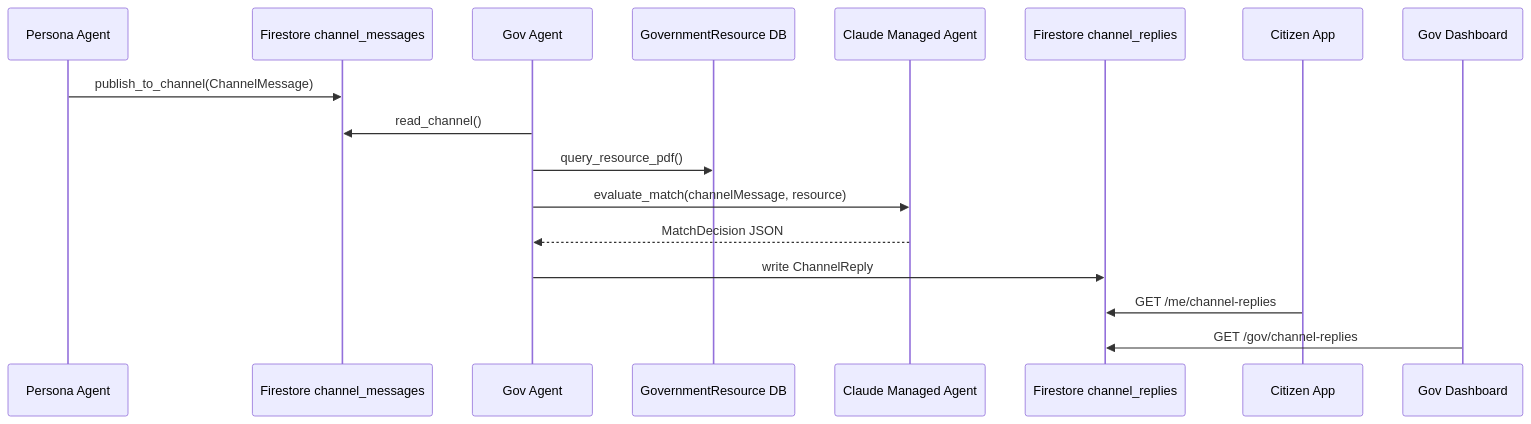
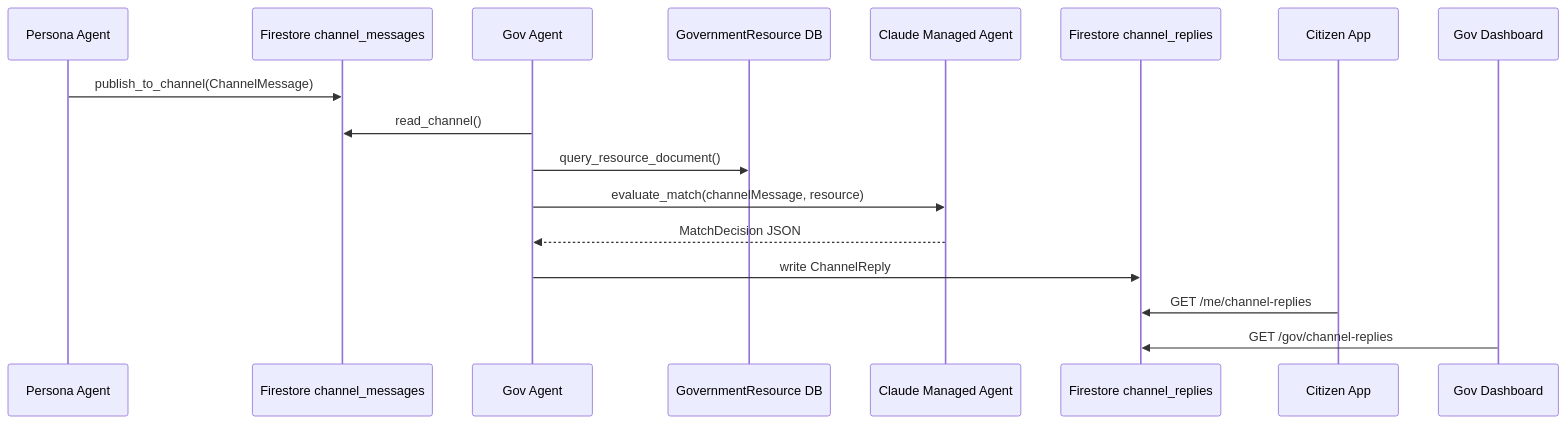
One commit to racercode/MATCHA changed the diagram in services/api/src/agent/gov/gov-agent-sdd.md. Above: the diagram before and after it, drawn with Mermaid. The commit also changed other lines of this file and 26 other files, not shown here.

First line of the commit message:
feat: add data upload script, rename query_resource_pdf to query_resource_document, archive read_channel skill

````diff
--- a/services/api/src/agent/gov/gov-agent-sdd.md
+++ b/services/api/src/agent/gov/gov-agent-sdd.md
@@ -39,20 +39,20 @@
 ```mermaid
 sequenceDiagram
     participant Persona as Persona Agent
     participant Channel as Firestore channel_messages
     participant Gov as Gov Agent
     participant Resource as GovernmentResource DB
     participant Claude as Claude Managed Agent
     participant Reply as Firestore channel_replies
     participant User as Citizen App
     participant Web as Gov Dashboard
 
     Persona->>Channel: publish_to_channel(ChannelMessage)
     Gov->>Channel: read_channel()
-    Gov->>Resource: query_resource_pdf()
+    Gov->>Resource: query_resource_document()
     Gov->>Claude: evaluate_match(channelMessage, resource)
     Claude-->>Gov: MatchDecision JSON
     Gov->>Reply: write ChannelReply
     User->>Reply: GET /me/channel-replies
     Web->>Reply: GET /gov/channel-replies
 ```
````
